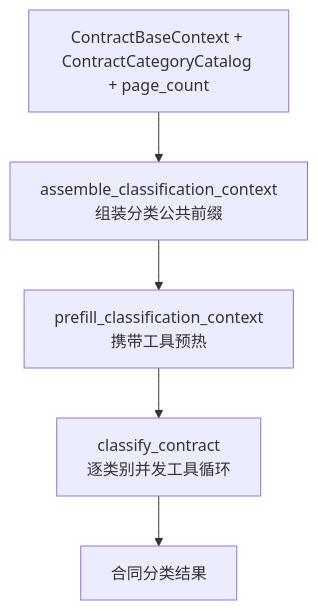
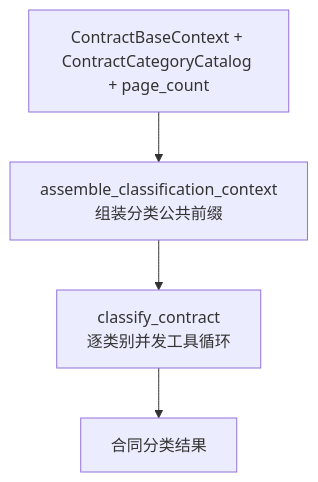
Before and after one commit to caicai-6666/contract-service-be: the diagram in description/architecture/subgraph/classification.md, drawn with Mermaid. The commit also changed other lines of this file and 95 other files, not shown here.

````diff
--- a/description/architecture/subgraph/classification.md
+++ b/description/architecture/subgraph/classification.md
@@ -11,10 +11,9 @@
 ```mermaid
 flowchart TD
     input["ContractBaseContext + ContractCategoryCatalog + page_count"]
     assemble["assemble_classification_context<br/>组装分类公共前缀"]
-    prefill["prefill_classification_context<br/>携带工具预热"]
     classify["classify_contract<br/>逐类别并发工具循环"]
     output["合同分类结果"]
 
-    input --> assemble --> prefill --> classify --> output
+    input --> assemble --> classify --> output
 ```
````
